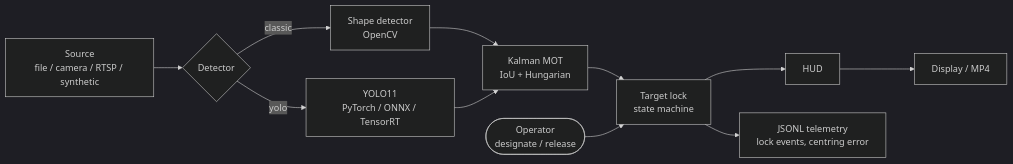
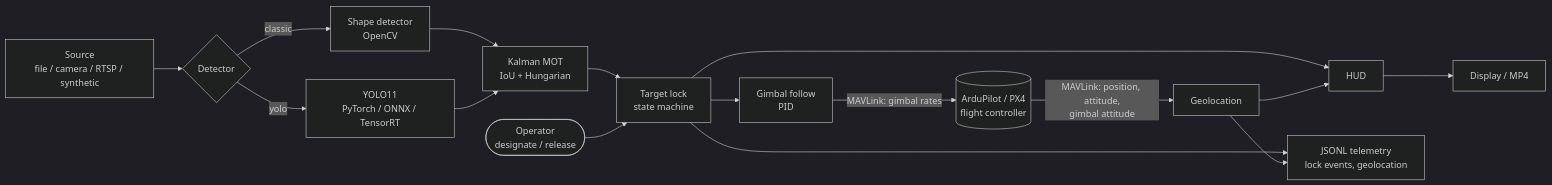
One commit to emir-mutlu/skytrack-uav-vision changed the diagram in README.md. Above: the diagram before and after it, drawn with Mermaid (dark theme). The commit also changed other lines of this file and 17 other files, not shown here.

First line of the commit message:
Add MAVLink flight-controller integration and gimbal follow

````diff
--- a/README.md
+++ b/README.md
@@ -37,13 +45,18 @@
 ```mermaid
 flowchart LR
     S[Source<br/>file / camera / RTSP / synthetic] --> D{Detector}
     D -->|classic| C[Shape detector<br/>OpenCV]
     D -->|yolo| Y[YOLO11<br/>PyTorch / ONNX / TensorRT]
     C --> T[Kalman MOT<br/>IoU + Hungarian]
     Y --> T
     T --> L[Target lock<br/>state machine]
     OP([Operator<br/>designate / release]) --> L
     L --> H[HUD]
-    L --> J[JSONL telemetry<br/>lock events, centring error]
+    L --> J[JSONL telemetry<br/>lock events, geolocation]
     H --> V[Display / MP4]
+    L --> G[Gimbal follow<br/>PID]
+    G -->|MAVLink: gimbal rates| FC[(ArduPilot / PX4<br/>flight controller)]
+    FC -->|MAVLink: position, attitude,<br/>gimbal attitude| GEO[Geolocation]
+    GEO --> J
+    GEO --> H
 ```
````
